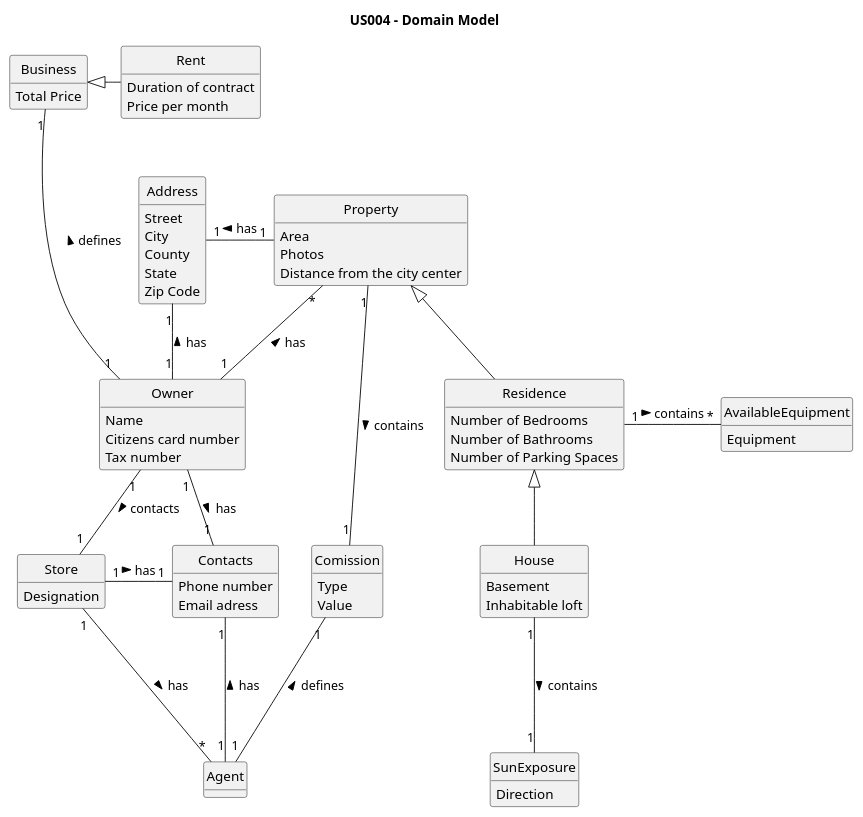
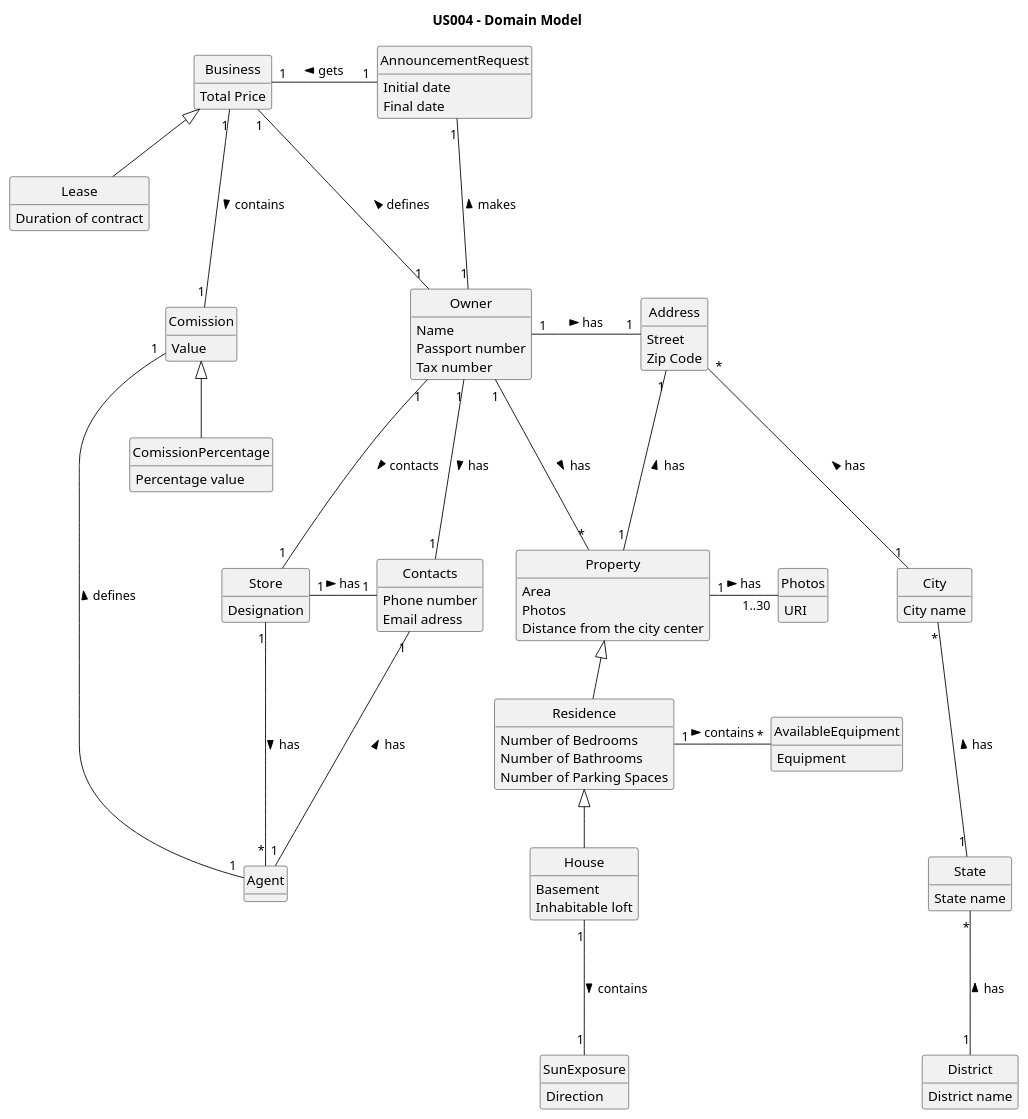
One commit to PureNimble/ISEP-LAPR2 changed the diagram in docs/sprintB/US04/02.analysis/puml/us04-domain-model.puml. Above: the diagram before and after it, drawn with PlantUML. The commit also changed 2 other files, not shown here.

```diff
--- a/docs/sprintB/US04/02.analysis/puml/us04-domain-model.puml
+++ b/docs/sprintB/US04/02.analysis/puml/us04-domain-model.puml
@@ -1,121 +1,158 @@
 @startuml
 
 title US004 - Domain Model
 
 skinparam groupInheritance 2
 skinparam monochrome true
 skinparam packageStyle rectangle
 skinparam shadowing false
 skinparam classAttributeIconSize 0
 hide circle
 hide methods
 
 class Property
 
 class House
 
 class Residence
 
 class Address
 
 class Contacts
 
 class Owner
 
 class Comission
 
 class Agent
 
+class Photos
+
 class Business
 
 class AvailableEquipment
 
-class Rent
+class Lease
 
 class SunExposure
 
 class Store
 
-class AvailableEquipment {
-Equipment
+class City
+
+class District
+
+class State
+
+class ComissionPercentage
+
+class AnnouncementRequest
+
+class City {
+    City name
 }
 
+class District {
+    District name
+}
+
+class Photos {
+    URI
+}
+
+class State {
+    State name
+}
+
+class AvailableEquipment {
+    Equipment
+}
+
+class ComissionPercentage {
+    Percentage value
+}
+
+
 class Contacts {
-Phone number
-Email adress
+    Phone number
+    Email adress
 }
 
 class Owner {
-Name
-Citizens card number
-Tax number
+    Name
+    Passport number
+    Tax number
 }
 
-class Rent {
-Duration of contract
-Price per month
+class Lease {
+    Duration of contract
 }
 
+class AnnouncementRequest {
+    Initial date
+    Final date
+}
 
 class Business {
-Total Price
+    Total Price
 }
 
 class Residence {
-Number of Bedrooms
-Number of Bathrooms
-Number of Parking Spaces
- }
+    Number of Bedrooms
+    Number of Bathrooms
+    Number of Parking Spaces
+}
 
 class Store {
-Designation
-
+    Designation
 }
 
 class Property {
-Area
-Photos
-Distance from the city center
+    Area
+    Photos
+    Distance from the city center
 }
 
 class House {
-Basement
-Inhabitable loft
+    Basement
+    Inhabitable loft
 }
 
 class SunExposure {
-Direction
+    Direction
 }
 
 class Address {
-Street
-City
-County
-State
-Zip Code
+    Street
+    Zip Code
 }
 
 class Comission {
-Type
-Value
+    Value
 }
 
 Residence <|-- House
 Property <|-- Residence
 SunExposure "1" -up-- "1" House: contains <
 Address "1" -right-- "1" Property: has <
 Address "1" -right-- "1" Owner: has <
-Owner "1" -left-- "*" Property: has >
-Owner "1" -- "1" Store: contacts >
-Agent "*" -up-- "1" Store: has <
-Comission "1" -down-- "1" Agent: defines <
-Comission "1" -up-- "1" Property: contains <
+Owner "1" -down-- "*" Property: has >
+Owner "1" -right- "1" Store: contacts >
+Agent "*" -left-- "1" Store: has <
+Address "*" -down-- "1" City: has <
+District "1" -up-- "*" State: has >
+State "1" -up-- "*" City: has >
+AvailableEquipment "*" -left-- "1" Residence: contains <
 Owner "1" -up-- "1" Business: defines >
-AvailableEquipment "*" -left-- "1" Residence: contains <
-Business <|-right- Rent
-Owner "1" -right-- "1" Contacts: has >
+Owner "1" -down-- "1" Contacts: has >
 Store "1" -right-- "1" Contacts: has >
 Agent "1" -up-- "1" Contacts: has >
-
+Comission "1" -down-- "1" Agent: defines <
+Comission "1" -up-- "1" Business: contains <
+Comission <|-- ComissionPercentage
+Business <|-- Lease
+Property "1" -right-- "1..30" Photos: has >
+Owner "1" -up-- "1" AnnouncementRequest: makes >
+Business "1" -right-- "1" AnnouncementRequest: gets <
 
 @enduml
```
